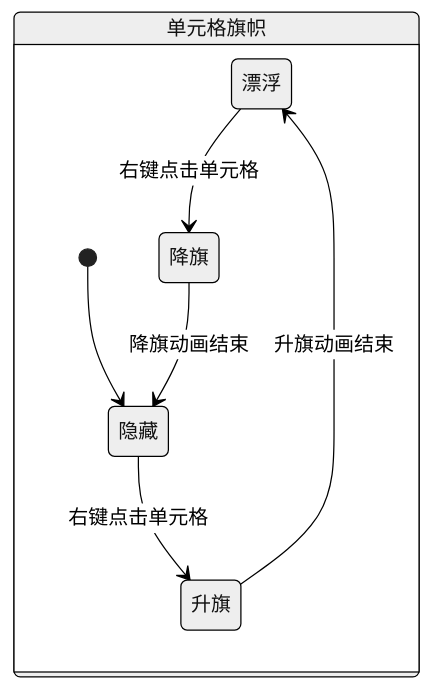
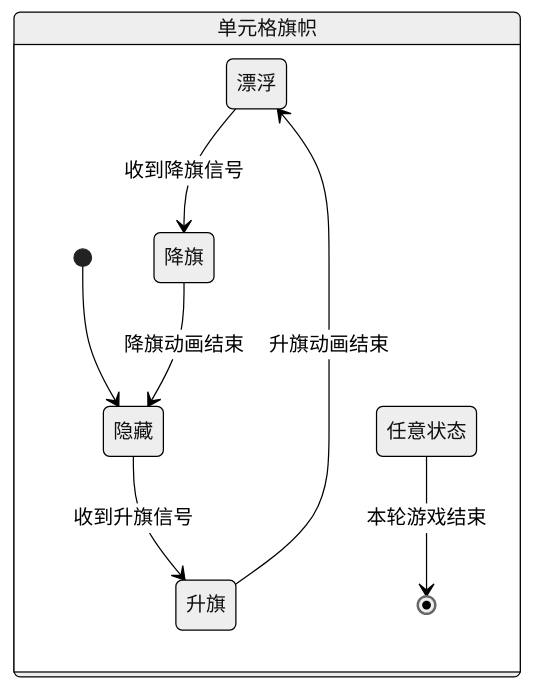
One commit to SnekTech/mine-sweeper-rogue changed the fourth of 4 diagrams in README.md. Above: the diagram before and after it, drawn with Mermaid. The commit also changed other lines of this file and 28 other files, not shown here.

````diff
--- a/README.md
+++ b/README.md
@@ -115,17 +120,20 @@
 ```mermaid
 %%{init: {'theme':'neutral'}}%%
 stateDiagram-v2
     state 单元格旗帜 {
         float: 漂浮
         hide: 隐藏
         lift: 升旗
         putDown: 降旗
+        any: 任意状态
         
         [*] --> hide
         
-        hide --> lift : 右键点击单元格
+        hide --> lift : 收到升旗信号
         lift --> float : 升旗动画结束
-        float --> putDown : 右键点击单元格
+        float --> putDown : 收到降旗信号
         putDown --> hide : 降旗动画结束
+        
+        any --> [*] : 本轮游戏结束
     }
 ```
````
